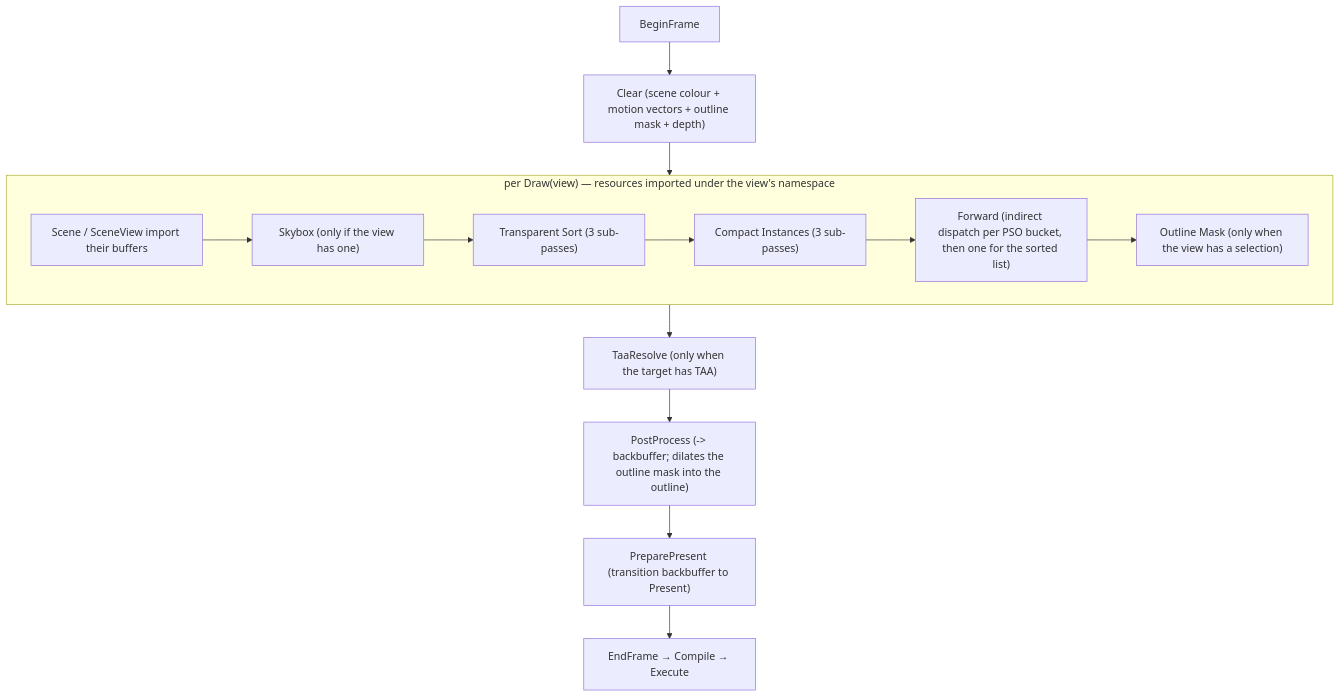
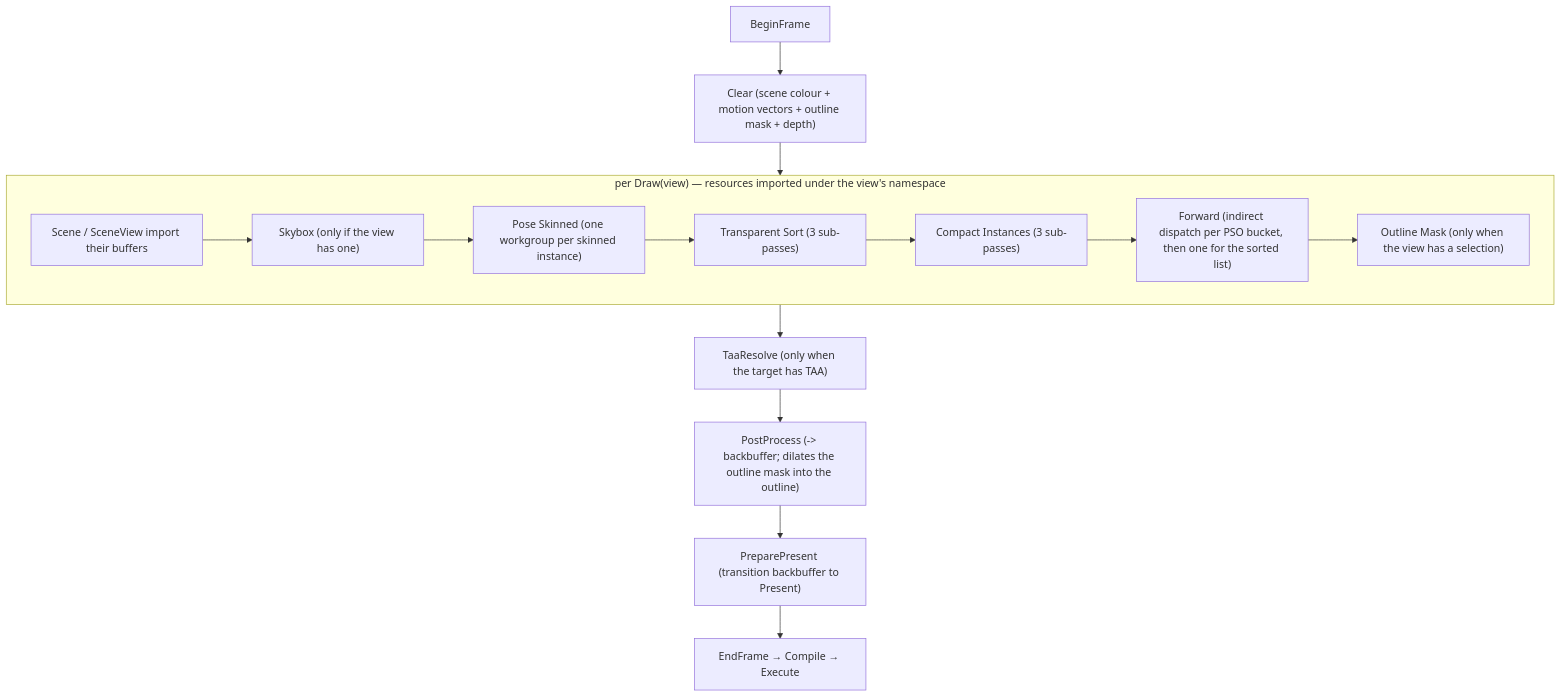
The diagram in docs/passes.md (alexjiang200407/bernini), drawn with Mermaid before and after one commit. The commit also changed other lines of this file and 20 other files, not shown here.

````diff
--- a/docs/passes.md
+++ b/docs/passes.md
@@ -24,16 +24,17 @@
 ```mermaid
 flowchart TD
     BF["BeginFrame"] --> CLR["Clear (scene colour + motion vectors + outline mask + depth)"]
     CLR --> D["per Draw(view)"]
     subgraph D["per Draw(view) — resources imported under the view's namespace"]
         IMP["Scene / SceneView import their buffers"] --> SKY["Skybox (only if the view has one)"]
-        SKY --> TS["Transparent Sort (3 sub-passes)"]
+        SKY --> POSE["Pose Skinned (one workgroup per skinned instance)"]
+        POSE --> TS["Transparent Sort (3 sub-passes)"]
         TS --> CI["Compact Instances (3 sub-passes)"]
         CI --> FWD["Forward (indirect dispatch per PSO bucket, then one for the sorted list)"]
         FWD --> SM["Outline Mask (only when the view has a selection)"]
     end
     D --> TAA["TaaResolve (only when the target has TAA)"]
     TAA --> PPX["PostProcess (-> backbuffer; dilates the outline mask into the outline)"]
     PPX --> PP["PreparePresent (transition backbuffer to Present)"]
     PP --> EF["EndFrame → Compile → Execute"]
 ```
````
